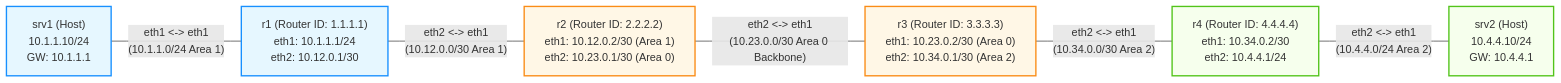
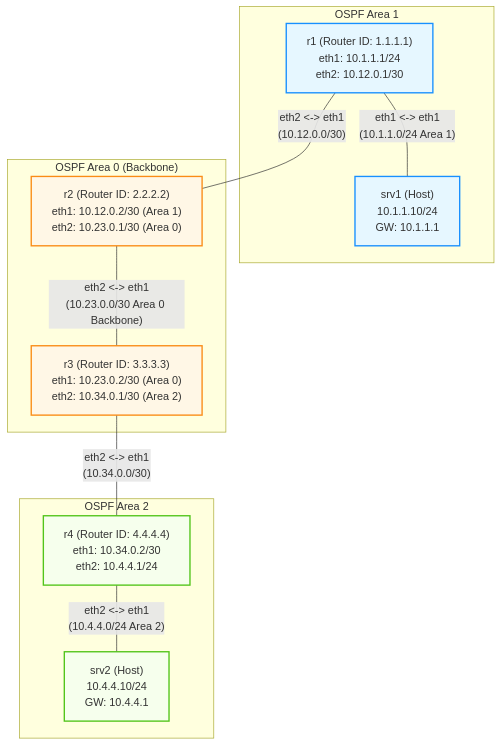
The diagram in bai-tap-ve-nha/18-troubleshooting-chaos-lab/lab-guide.md (thangphan205/containerlab-demo), drawn with Mermaid before and after one commit. The commit also changed 1 other file, not shown here.

Commit message:
docs: update lab guides for OSPF multi-area and troubleshooting chaos modules

````diff
--- a/bai-tap-ve-nha/18-troubleshooting-chaos-lab/lab-guide.md
+++ b/bai-tap-ve-nha/18-troubleshooting-chaos-lab/lab-guide.md
@@ -24,19 +24,27 @@
 ```mermaid
-graph LR
+graph TB
     classDef area1 fill:#e6f7ff,stroke:#1890ff,stroke-width:2px;
     classDef area0 fill:#fff7e6,stroke:#fa8c16,stroke-width:2px;
     classDef area2 fill:#f6ffed,stroke:#52c41a,stroke-width:2px;
 
-    srv1["srv1 (Host)<br>10.1.1.10/24<br>GW: 10.1.1.1"]:::area1
-    r1["r1 (Router ID: 1.1.1.1)<br>eth1: 10.1.1.1/24<br>eth2: 10.12.0.1/30"]:::area1
-    r2["r2 (Router ID: 2.2.2.2)<br>eth1: 10.12.0.2/30 (Area 1)<br>eth2: 10.23.0.1/30 (Area 0)"]:::area0
-    r3["r3 (Router ID: 3.3.3.3)<br>eth1: 10.23.0.2/30 (Area 0)<br>eth2: 10.34.0.1/30 (Area 2)"]:::area0
-    r4["r4 (Router ID: 4.4.4.4)<br>eth1: 10.34.0.2/30<br>eth2: 10.4.4.1/24"]:::area2
-    srv2["srv2 (Host)<br>10.4.4.10/24<br>GW: 10.4.4.1"]:::area2
+    subgraph area1 ["OSPF Area 1"]
+        r1["r1 (Router ID: 1.1.1.1)<br>eth1: 10.1.1.1/24<br>eth2: 10.12.0.1/30"]:::area1
+        srv1["srv1 (Host)<br>10.1.1.10/24<br>GW: 10.1.1.1"]:::area1
+        r1 -- "eth1 <-> eth1<br>(10.1.1.0/24 Area 1)" --- srv1
+    end
 
-    srv1 -- "eth1 <-> eth1<br>(10.1.1.0/24 Area 1)" --- r1
-    r1 -- "eth2 <-> eth1<br>(10.12.0.0/30 Area 1)" --- r2
-    r2 -- "eth2 <-> eth1<br>(10.23.0.0/30 Area 0 Backbone)" --- r3
-    r3 -- "eth2 <-> eth1<br>(10.34.0.0/30 Area 2)" --- r4
-    r4 -- "eth2 <-> eth1<br>(10.4.4.0/24 Area 2)" --- srv2
+    subgraph area0 ["OSPF Area 0 (Backbone)"]
+        r2["r2 (Router ID: 2.2.2.2)<br>eth1: 10.12.0.2/30 (Area 1)<br>eth2: 10.23.0.1/30 (Area 0)"]:::area0
+        r3["r3 (Router ID: 3.3.3.3)<br>eth1: 10.23.0.2/30 (Area 0)<br>eth2: 10.34.0.1/30 (Area 2)"]:::area0
+        r2 -- "eth2 <-> eth1<br>(10.23.0.0/30 Area 0 Backbone)" --- r3
+    end
+
+    subgraph area2 ["OSPF Area 2"]
+        r4["r4 (Router ID: 4.4.4.4)<br>eth1: 10.34.0.2/30<br>eth2: 10.4.4.1/24"]:::area2
+        srv2["srv2 (Host)<br>10.4.4.10/24<br>GW: 10.4.4.1"]:::area2
+        r4 -- "eth2 <-> eth1<br>(10.4.4.0/24 Area 2)" --- srv2
+    end
+
+    r1 -- "eth2 <-> eth1<br>(10.12.0.0/30)" --- r2
+    r3 -- "eth2 <-> eth1<br>(10.34.0.0/30)" --- r4
 ```
````
